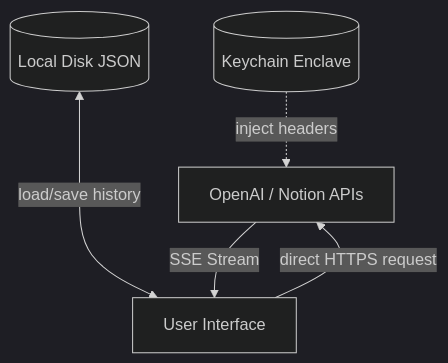
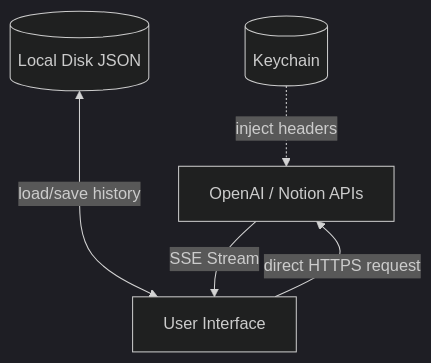
Before and after one commit to Gunnarguy/OpenResponses: the fourth of 4 diagrams in README.md, drawn with Mermaid (dark theme). The commit also changed other lines of this file and 23 other files, not shown here.

````diff
--- a/README.md
+++ b/README.md
@@ -115,7 +118,7 @@
 ```mermaid
 flowchart TD
-    Keychain[(Keychain Enclave)] -.->|inject headers| API
+    Keychain[(Keychain)] -.->|inject headers| API
     Disk[(Local Disk JSON)] <--->|load/save history| UI[User Interface]
     UI -->|direct HTTPS request| API[OpenAI / Notion APIs]
     API -->|SSE Stream| UI
 ```
````
